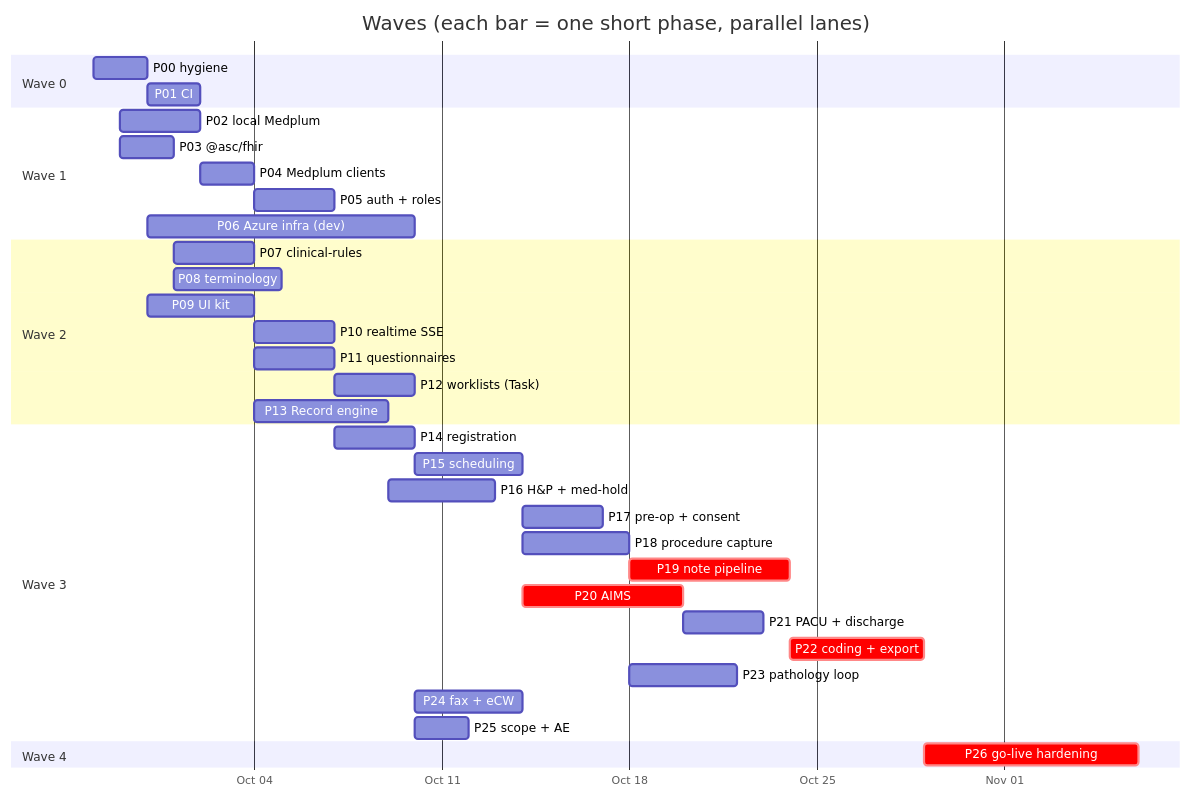
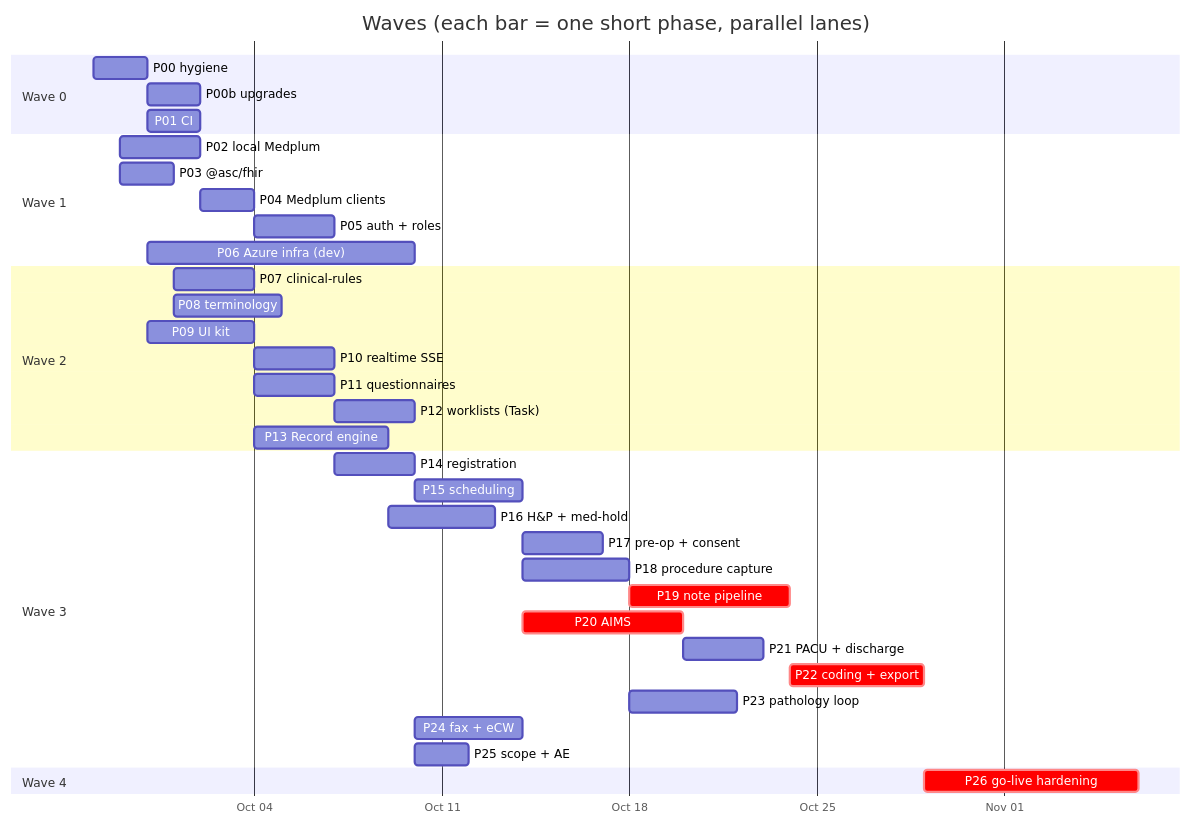
The first of 2 diagrams in docs/plan/implementation-plan.md (imRahul05/ASC-EHR), drawn with Mermaid before and after one commit. The commit also changed other lines of this file and 6 other files, not shown here.

````diff
--- a/docs/plan/implementation-plan.md
+++ b/docs/plan/implementation-plan.md
@@ -73,38 +74,39 @@
 ```mermaid
 gantt
     title Waves (each bar = one short phase, parallel lanes)
     dateFormat YYYY-MM-DD
     axisFormat %b %d
     section Wave 0
     P00 hygiene            :p00, 2026-09-28, 2d
+    P00b upgrades          :p00b, after p00, 2d
     P01 CI                 :p01, after p00, 2d
     section Wave 1
     P02 local Medplum      :p02, 2026-09-29, 3d
     P03 @asc/fhir          :p03, 2026-09-29, 2d
     P04 Medplum clients    :p04, after p02 p03, 2d
     P05 auth + roles       :p05, after p04, 3d
     P06 Azure infra (dev)  :p06, 2026-09-30, 10d
     section Wave 2
     P07 clinical-rules     :p07, after p03, 3d
     P08 terminology        :p08, after p03, 4d
     P09 UI kit             :p09, after p00, 4d
     P10 realtime SSE       :p10, after p04, 3d
     P11 questionnaires     :p11, after p09 p03, 3d
     P12 worklists (Task)   :p12, after p05 p07, 3d
     P13 Record engine      :p13, after p09, 5d
     section Wave 3
     P14 registration       :p14, after p05 p09, 3d
     P15 scheduling         :p15, after p14 p07 p10, 4d
     P16 H&P + med-hold     :p16, after p11 p13 p10, 4d
     P17 pre-op + consent   :p17, after p11 p15, 3d
     P18 procedure capture  :p18, after p15 p10, 4d
     P19 note pipeline      :crit, p19, after p18 p13 p08, 6d
     P20 AIMS               :crit, p20, after p15 p09, 6d
     P21 PACU + discharge   :p21, after p11 p20, 3d
     P22 coding + export    :crit, p22, after p19 p08, 5d
     P23 pathology loop     :p23, after p18 p12, 4d
     P24 fax + eCW          :p24, after p10 p12, 4d
     P25 scope + AE         :p25, after p11 p12, 2d
     section Wave 4
     P26 go-live hardening  :crit, p26, after p19 p20 p22, 8d
 ```
````
